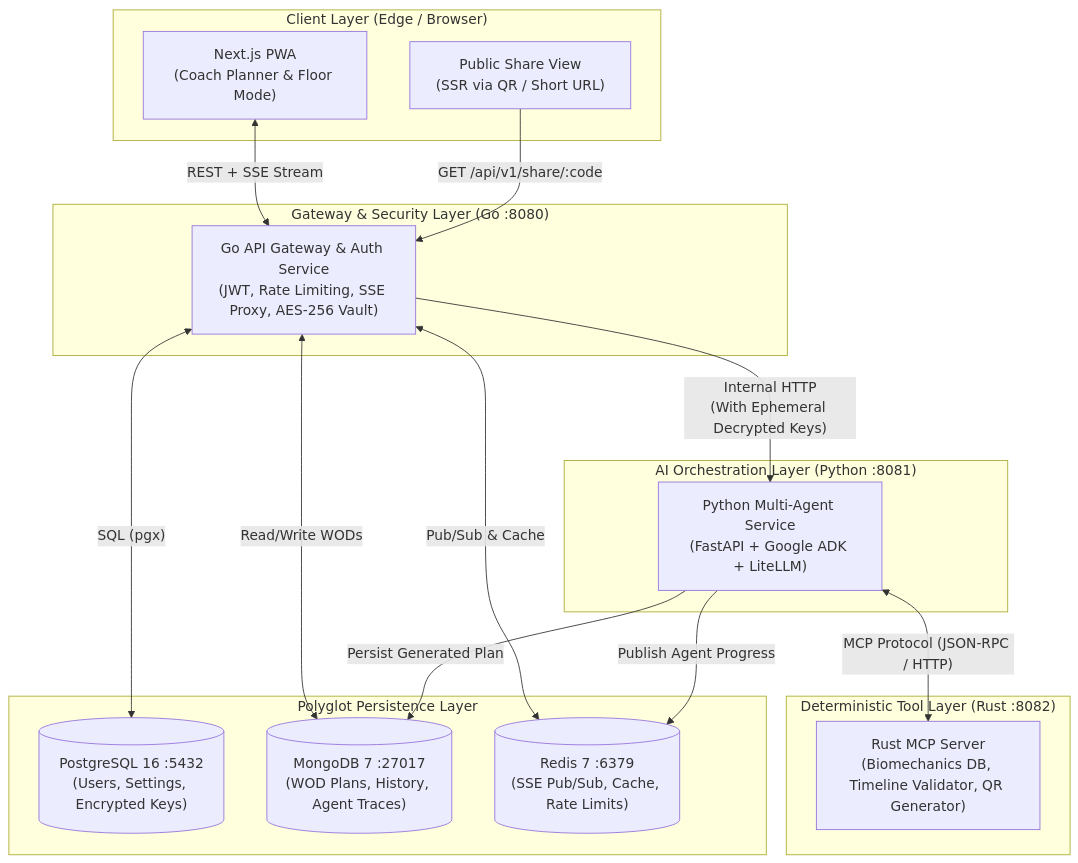
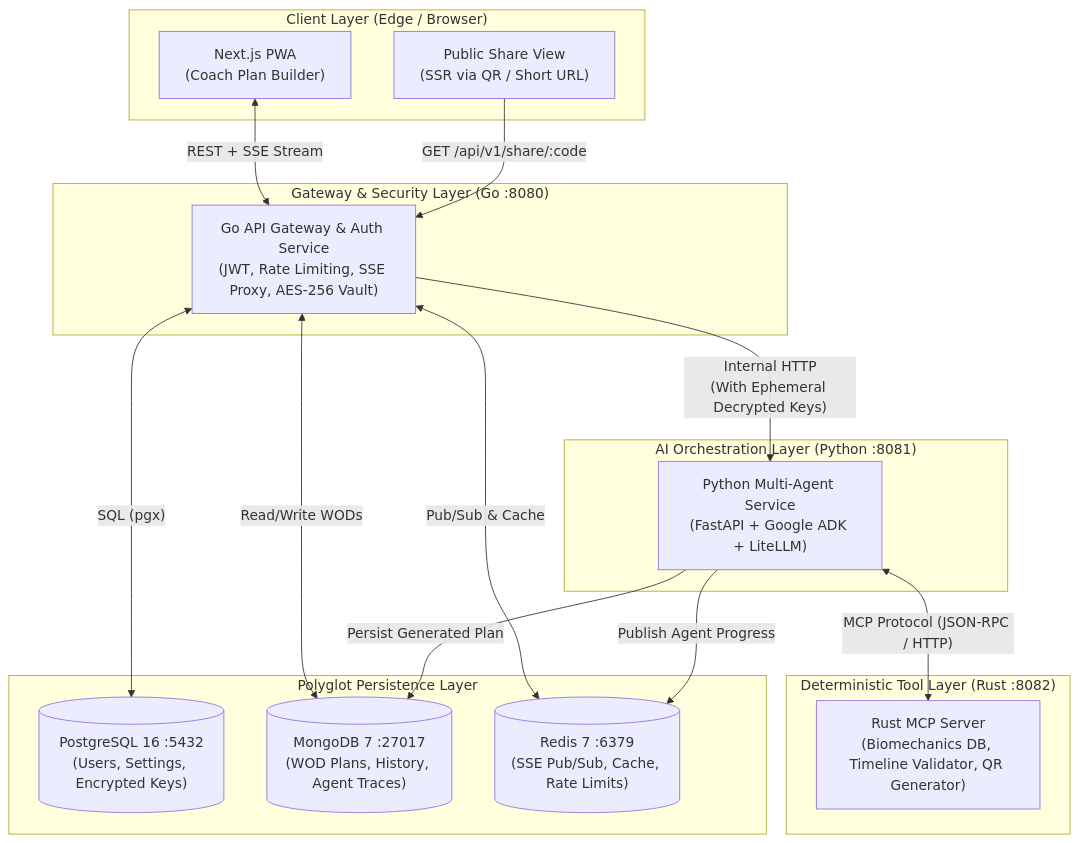
Before and after one commit to vkhod/coachbuddy: the diagram in docs/ARCHITECTURE.md, drawn with Mermaid. The commit also changed other lines of this file and 9 other files, not shown here.

Commit message:
web: remove Floor Mode, the class timer and the wake lock (Phase 3) (#24)

````diff
--- a/docs/ARCHITECTURE.md
+++ b/docs/ARCHITECTURE.md
@@ -26,37 +26,37 @@
 ```mermaid
 flowchart TB
     subgraph ClientLayer["Client Layer (Edge / Browser)"]
-        PWA["Next.js PWA<br/>(Coach Planner & Floor Mode)"]
+        PWA["Next.js PWA<br/>(Coach Plan Builder)"]
         ShareView["Public Share View<br/>(SSR via QR / Short URL)"]
     end
 
     subgraph GatewayLayer["Gateway & Security Layer (Go :8080)"]
         GoGW["Go API Gateway & Auth Service<br/>(JWT, Rate Limiting, SSE Proxy, AES-256 Vault)"]
     end
 
     subgraph AgentLayer["AI Orchestration Layer (Python :8081)"]
         ADK["Python Multi-Agent Service<br/>(FastAPI + Google ADK + LiteLLM)"]
     end
 
     subgraph ToolLayer["Deterministic Tool Layer (Rust :8082)"]
         RustMCP["Rust MCP Server<br/>(Biomechanics DB, Timeline Validator, QR Generator)"]
     end
 
     subgraph DataLayer["Polyglot Persistence Layer"]
         PG[("PostgreSQL 16 :5432<br/>(Users, Settings, Encrypted Keys)")]
         Mongo[("MongoDB 7 :27017<br/>(WOD Plans, History, Agent Traces)")]
         Redis[("Redis 7 :6379<br/>(SSE Pub/Sub, Cache, Rate Limits)")]
     end
 
     PWA <-->|"REST + SSE Stream"| GoGW
     ShareView -->|"GET /api/v1/share/:code"| GoGW
 
     GoGW <-->|"SQL (pgx)"| PG
     GoGW <-->|"Pub/Sub & Cache"| Redis
     GoGW <-->|"Read/Write WODs"| Mongo
     GoGW -->|"Internal HTTP<br/>(With Ephemeral Decrypted Keys)"| ADK
 
     ADK -->|"Publish Agent Progress"| Redis
     ADK -->|"Persist Generated Plan"| Mongo
     ADK <-->|"MCP Protocol (JSON-RPC / HTTP)"| RustMCP
 ```
````
